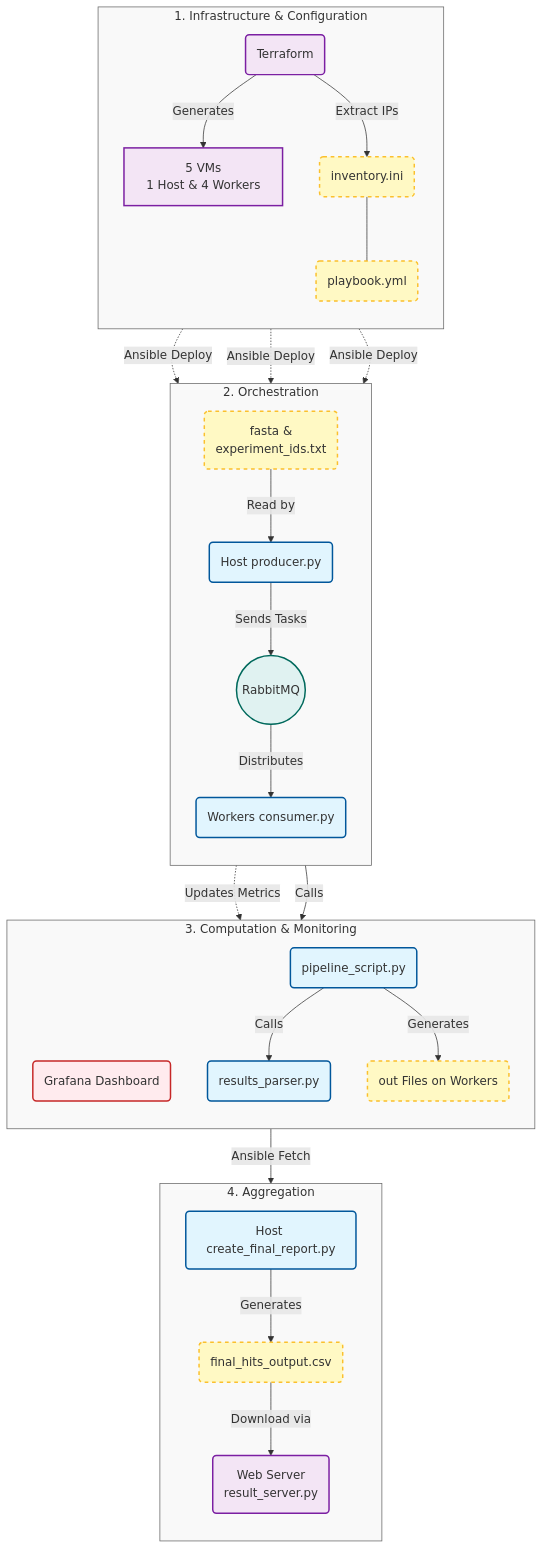
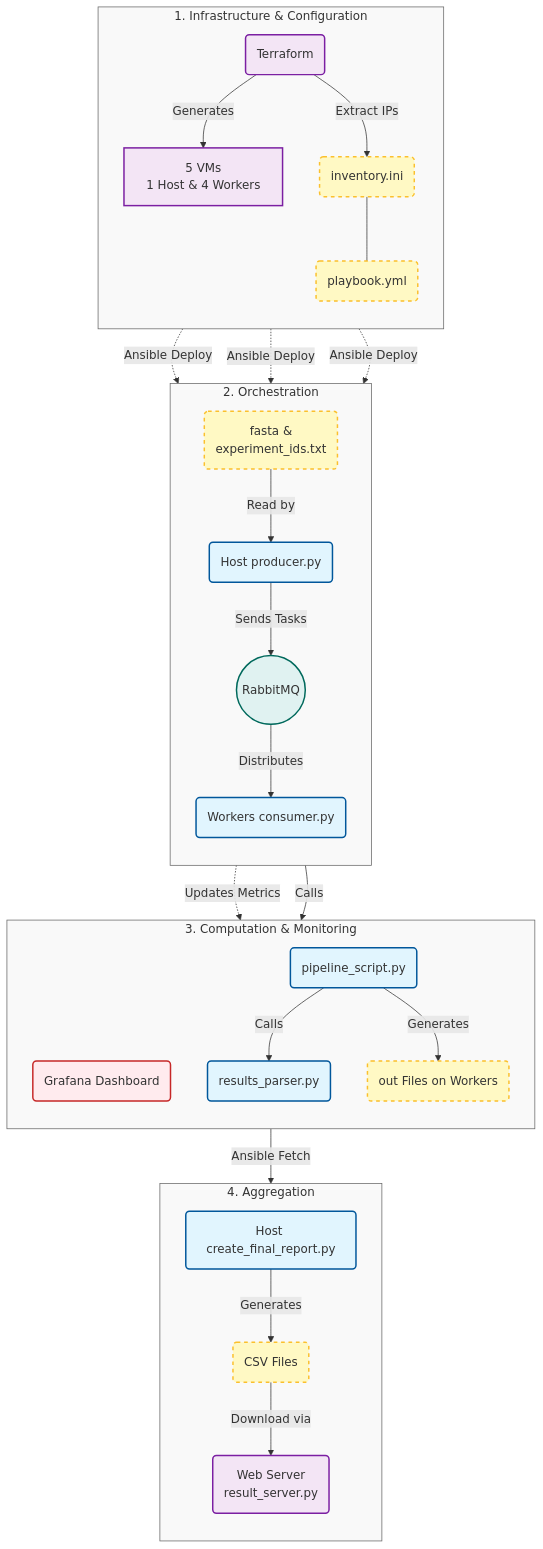
Before and after one commit to eva033032/UCL_EDA_T1_Coursework: the diagram in README.md, drawn with Mermaid.

Commit message:
Update readme mermaid csv file

````diff
--- a/README.md
+++ b/README.md
@@ -13,74 +13,74 @@
 ```mermaid
 graph TD
     %% Define Styles
     classDef script fill:#e1f5fe,stroke:#01579b,stroke-width:2px,rx:5,ry:5;
     classDef file fill:#fff9c4,stroke:#fbc02d,stroke-width:2px,stroke-dasharray: 5 5;
     classDef infra fill:#f3e5f5,stroke:#7b1fa2,stroke-width:2px;
     classDef db fill:#e0f2f1,stroke:#00695c,stroke-width:2px,shape:cylinder;
     classDef monitor fill:#ffebee,stroke:#c62828,stroke-width:2px;
 
     %% 1. Infrastructure Layer
     subgraph Infrastructure [1. Infrastructure & Configuration]
         direction TB
         Terraform(Terraform):::infra
         VMs[5 VMs<br/>1 Host & 4 Workers]:::infra
         Inventory(inventory.ini):::file
         Playbook(playbook.yml):::file
         
         Terraform -- Generates --> VMs
         Terraform -- Extract IPs --> Inventory
         Inventory --- Playbook
     end
 
     %% 2. Orchestration Layer
     subgraph Orchestration [2. Orchestration]
         direction TB
         InputFile(fasta &<br/>experiment_ids.txt):::file
         Producer(Host producer.py):::script
         RabbitMQ((RabbitMQ)):::db
         Consumer(Workers consumer.py):::script
 
         InputFile -- Read by --> Producer
         Producer -- Sends Tasks --> RabbitMQ
         RabbitMQ -- Distributes --> Consumer
     end
 
     %% Configuration connections (Ansible)
     Playbook -. Ansible Deploy .-> Producer
     Playbook -. Ansible Deploy .-> Consumer
     Playbook -. Ansible Deploy .-> RabbitMQ
 
     %% 3. Computation & Monitoring Layer
     subgraph Comp_Monitor [3. Computation & Monitoring]
         direction TB
         Grafana(Grafana Dashboard):::monitor
         Pipeline(pipeline_script.py):::script
         ResultsParser(results_parser.py):::script
         OutFiles(out Files on Workers):::file
 
         Consumer -. Updates Metrics .-> Grafana
         Consumer -- Calls --> Pipeline
         Pipeline -- Calls --> ResultsParser
         Pipeline -- Generates --> OutFiles
     end
 
     %% 4. Aggregation Layer
     subgraph Aggregation [4. Aggregation]
         direction TB
         FinalReport(Host create_final_report.py):::script
-        FinalCSV(final_hits_output.csv):::file
+        FinalCSV(CSV Files):::file
         WebServer(Web Server<br/>result_server.py):::infra
 
         FinalReport -- Generates --> FinalCSV
         FinalCSV -- Download via --> WebServer
     end
 
     %% Fetch connection
     OutFiles -- Ansible Fetch --> FinalReport
 
     %% Styling
     style Infrastructure fill:#f9f9f9,stroke:#666,stroke-width:1px,color:#333
     style Orchestration fill:#f9f9f9,stroke:#666,stroke-width:1px,color:#333
     style Comp_Monitor fill:#f9f9f9,stroke:#666,stroke-width:1px,color:#333
     style Aggregation fill:#f9f9f9,stroke:#666,stroke-width:1px,color:#333
 ```
````
